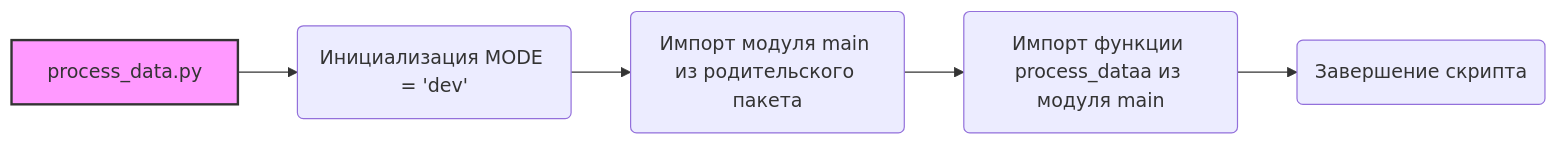
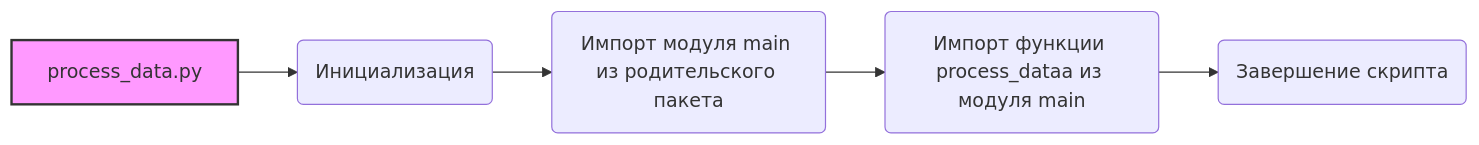
One commit to hypo69/hypo changed the diagram in docs/gemini/ru/explainer/src/fast_api/html/process_data.py.md. Above: the diagram before and after it, drawn with Mermaid. The commit also changed other lines of this file and 6031 other files, not shown here.

````diff
--- a/docs/gemini/ru/explainer/src/fast_api/html/process_data.py.md
+++ b/docs/gemini/ru/explainer/src/fast_api/html/process_data.py.md
@@ -19,8 +19,8 @@
 ```mermaid
 graph LR
-    A[process_data.py] --> B(Инициализация MODE = 'dev');
+    A[process_data.py] --> B(Инициализация );
     B --> C(Импорт модуля main из родительского пакета);
     C --> D(Импорт функции process_dataa из модуля main);
     D --> E(Завершение скрипта);
     style A fill:#f9f,stroke:#333,stroke-width:2px
 ```
````
